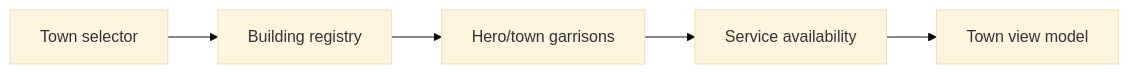
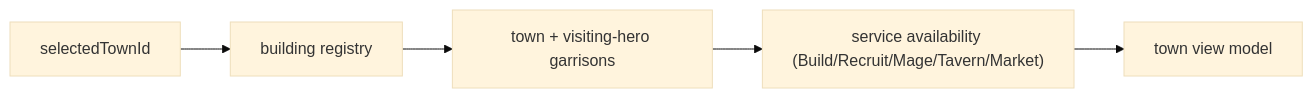
The second of 5 diagrams in docs/architecture/wiki/screens/24-town-screen/architecture.md (SunaNoOshiro/Heroes_Reforged_AI_Realms), drawn with Mermaid (base theme) before and after one commit. The commit also changed other lines of this file and 518 other files, not shown here.

First line of the commit message:
Add doc-audit skill and sweep architecture/screen docs

````diff
--- a/docs/architecture/wiki/screens/24-town-screen/architecture.md
+++ b/docs/architecture/wiki/screens/24-town-screen/architecture.md
@@ -38,8 +34,8 @@
 ```mermaid
 flowchart LR
-  L0["Town selector"] --> L1
-  L1["Building registry"] --> L2
-  L2["Hero/town garrisons"] --> L3
-  L3["Service availability"] --> L4
-  L4["Town view model"]
+  L0["selectedTownId"] --> L1
+  L1["building registry"] --> L2
+  L2["town + visiting-hero garrisons"] --> L3
+  L3["service availability (Build/Recruit/Mage/Tavern/Market)"] --> L4
+  L4["town view model"]
 ```
````
